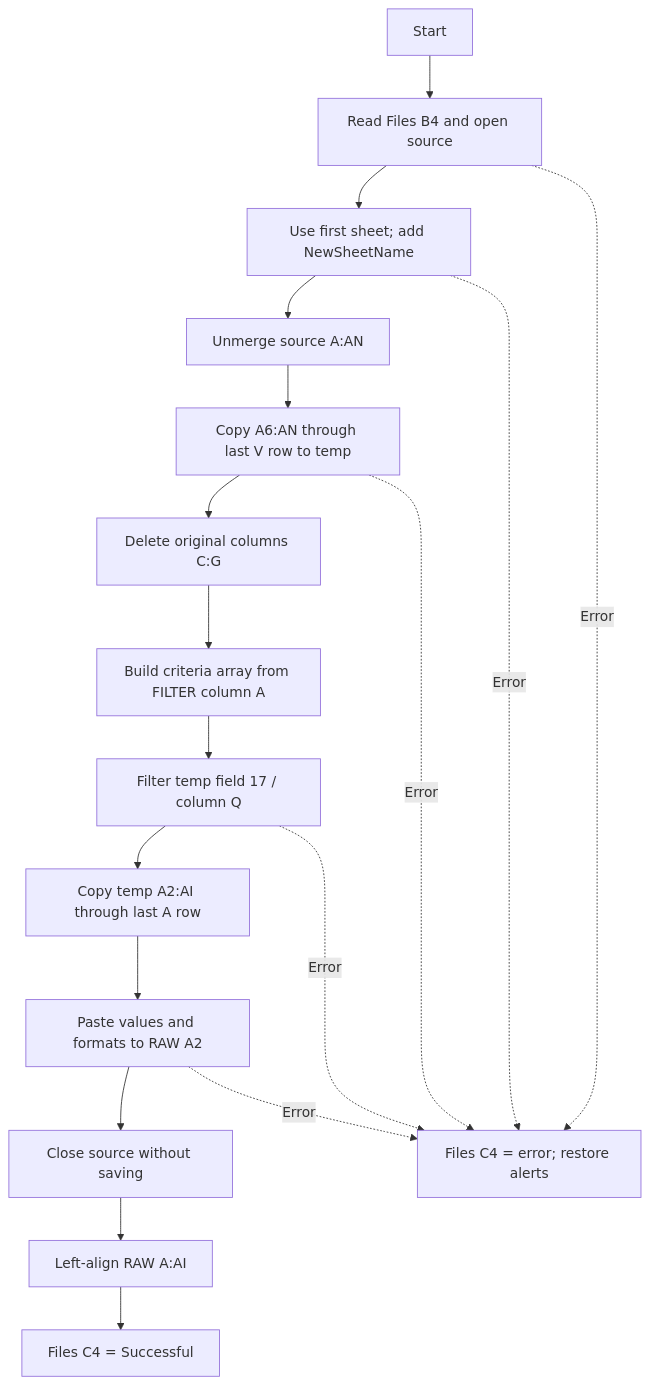
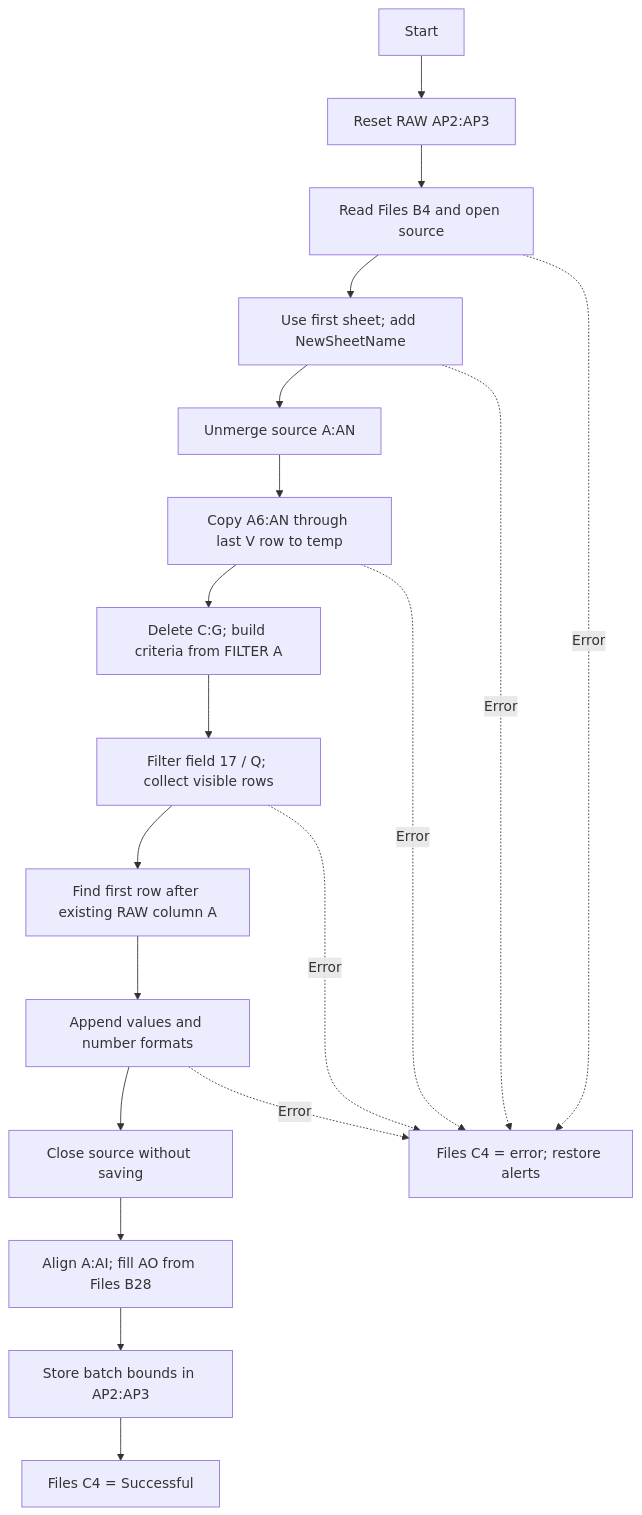
The sixth of 16 diagrams in Other Comps/VBA_DOCUMENTATION.md (moonstarph23/Common-Script), drawn with Mermaid before and after one commit. The commit also changed other lines of this file and 10 other files, not shown here.

````diff
--- a/Other Comps/VBA_DOCUMENTATION.md
+++ b/Other Comps/VBA_DOCUMENTATION.md
@@ -329,20 +339,21 @@
 ```mermaid
 flowchart TD
-    A["Start"] --> B["Read Files B4 and open source"]
-    B --> C["Use first sheet; add NewSheetName"]
-    C --> D["Unmerge source A:AN"]
-    D --> E["Copy A6:AN through last V row to temp"]
-    E --> F["Delete original columns C:G"]
-    F --> G["Build criteria array from FILTER column A"]
-    G --> H["Filter temp field 17 / column Q"]
-    H --> I["Copy temp A2:AI through last A row"]
-    I --> J["Paste values and formats to RAW A2"]
+    A["Start"] --> B["Reset RAW AP2:AP3"]
+    B --> C["Read Files B4 and open source"]
+    C --> D["Use first sheet; add NewSheetName"]
+    D --> E["Unmerge source A:AN"]
+    E --> F["Copy A6:AN through last V row to temp"]
+    F --> G["Delete C:G; build criteria from FILTER A"]
+    G --> H["Filter field 17 / Q; collect visible rows"]
+    H --> I["Find first row after existing RAW column A"]
+    I --> J["Append values and number formats"]
     J --> K["Close source without saving"]
-    K --> L["Left-align RAW A:AI"]
-    L --> M["Files C4 = Successful"]
-    B -. "Error" .-> X["Files C4 = error; restore alerts"]
-    C -. "Error" .-> X
-    E -. "Error" .-> X
+    K --> L["Align A:AI; fill AO from Files B28"]
+    L --> M["Store batch bounds in AP2:AP3"]
+    M --> N["Files C4 = Successful"]
+    C -. "Error" .-> X["Files C4 = error; restore alerts"]
+    D -. "Error" .-> X
+    F -. "Error" .-> X
     H -. "Error" .-> X
     J -. "Error" .-> X
 ```
````
